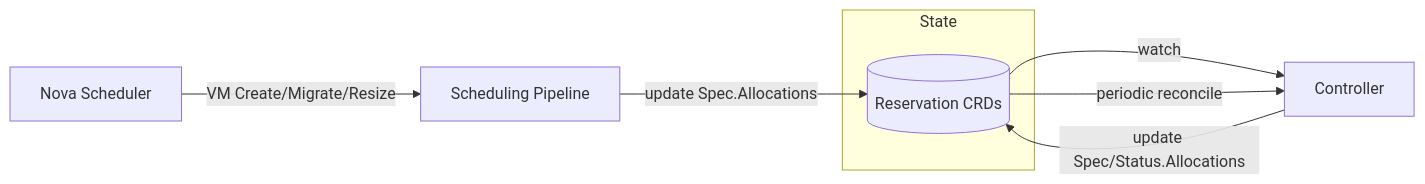
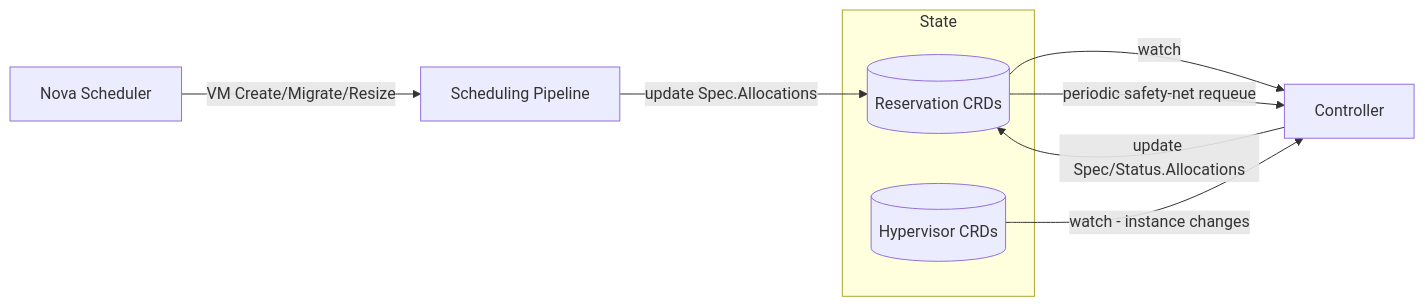
Before and after one commit to cobaltcore-dev/cortex: the second of 3 diagrams in docs/reservations/committed-resource-reservations.md, drawn with Mermaid. The commit also changed other lines of this file and 3 other files, not shown here.

````diff
--- a/docs/reservations/committed-resource-reservations.md
+++ b/docs/reservations/committed-resource-reservations.md
@@ -82,11 +82,13 @@
 ```mermaid
 flowchart LR
     subgraph State
         Res[(Reservation CRDs)]
+        HV[(Hypervisor CRDs)]
     end
     A[Nova Scheduler] -->|VM Create/Migrate/Resize| B[Scheduling Pipeline]
     B -->|update Spec.Allocations| Res
-    Res -->|watch| Controller
-    Res -->|periodic reconcile| Controller
-    Controller -->|update Spec/Status.Allocations| Res
+    Res -->|watch| C[Controller]
+    HV -->|watch - instance changes| C
+    Res -->|periodic safety-net requeue| C
+    C -->|update Spec/Status.Allocations| Res
 ```
````
